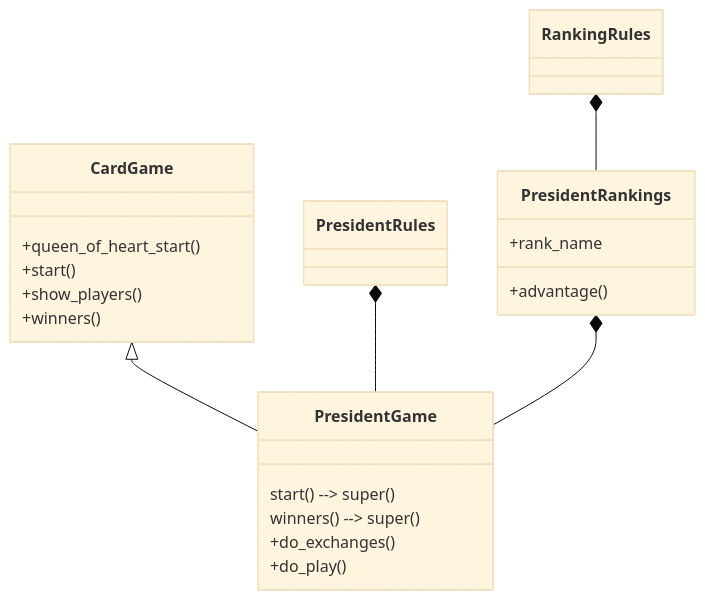
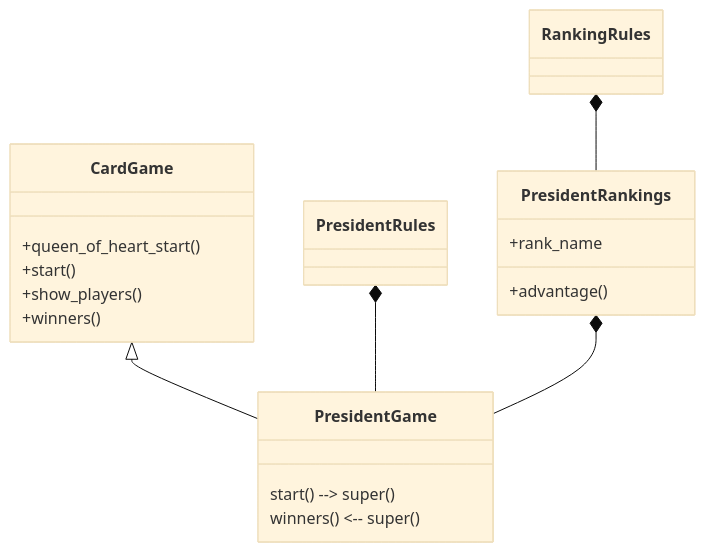
The third of 6 diagrams in README.md (Mistayan/President-Game), drawn with Mermaid (base theme) before and after one commit. The commit also changed other lines of this file, not shown here.

````diff
--- a/README.md
+++ b/README.md
@@ -117,26 +119,24 @@
 ```mermaid
 classDiagram
     CardGame <|-- PresidentGame
     RankingRules *-- PresidentRankings
     PresidentRules *-- PresidentGame
     PresidentRankings *-- PresidentGame
     
     class CardGame{
         +queen_of_heart_start()
         +start()
         +show_players()
         +winners()
     }
     class PresidentGame{
         start() --> super()
-        winners() --> super()
-        +do_exchanges()
-        +do_play()
+        winners() <-- super()
     }
     class PresidentRankings{
         +rank_name
         +advantage()
     }
 
     
 ```
````
